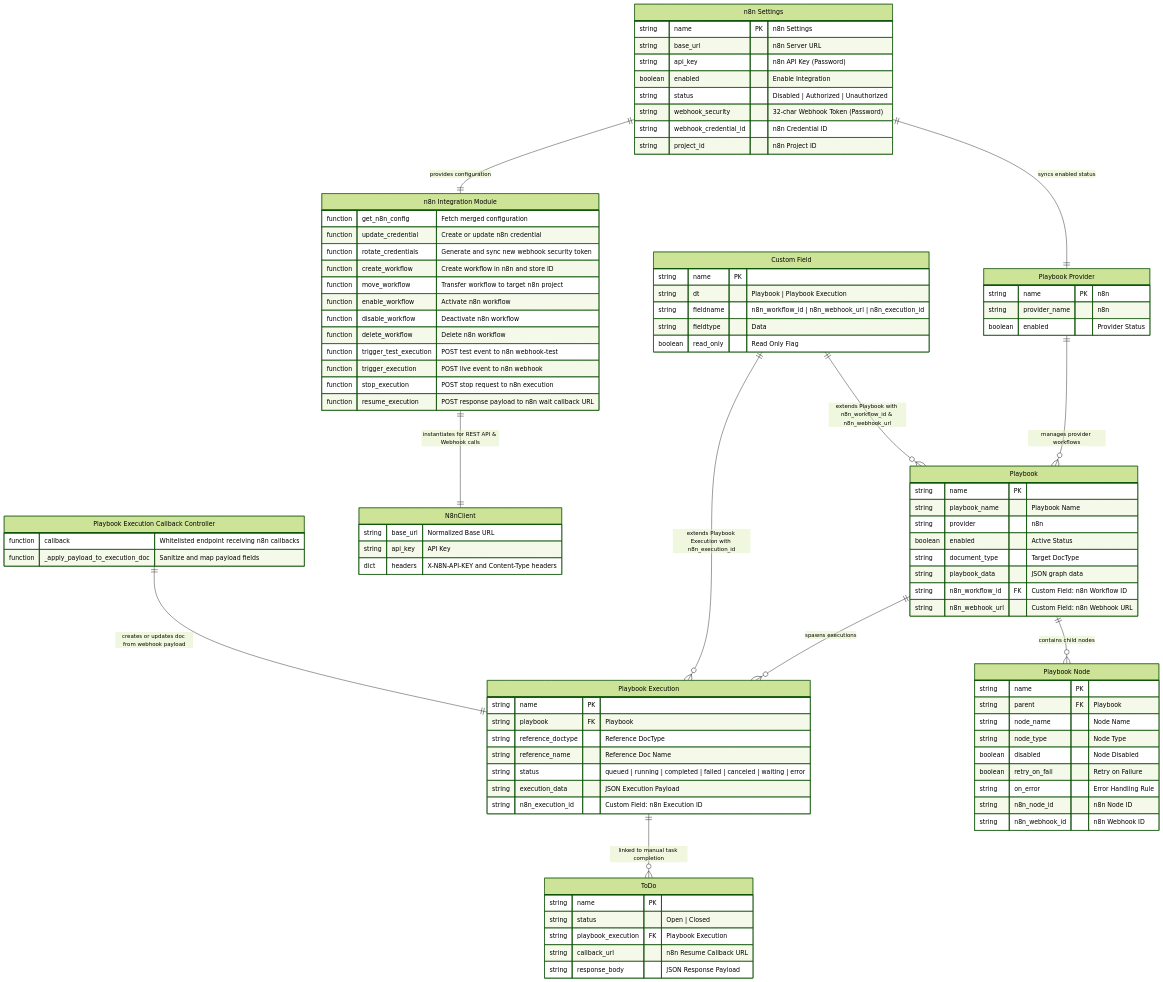
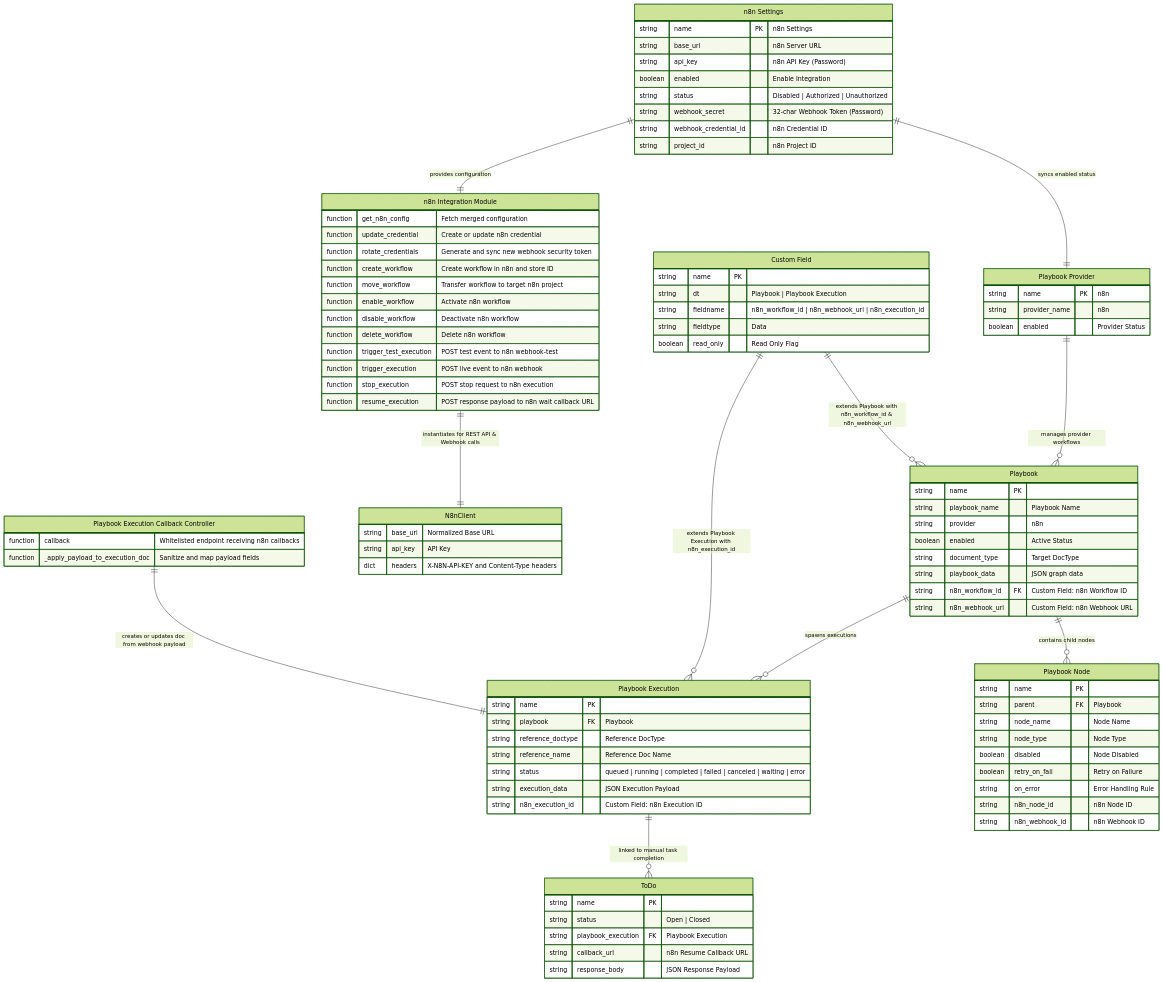
The diagram in docs/architecture/c4/03-component.md (aurumorinc/frappe-n8n), drawn with Mermaid (forest theme) before and after one commit. The commit also changed 9 other files, not shown here.

First line of the commit message:
docs: rename webhook_security to webhook_secret

```diff
--- a/docs/architecture/c4/03-component.md
+++ b/docs/architecture/c4/03-component.md
@@ -21,7 +21,7 @@
         string api_key "n8n API Key (Password)"
         boolean enabled "Enable Integration"
         string status "Disabled | Authorized | Unauthorized"
-        string webhook_security "32-char Webhook Token (Password)"
+        string webhook_secret "32-char Webhook Token (Password)"
         string webhook_credential_id "n8n Credential ID"
         string project_id "n8n Project ID"
     }
```
